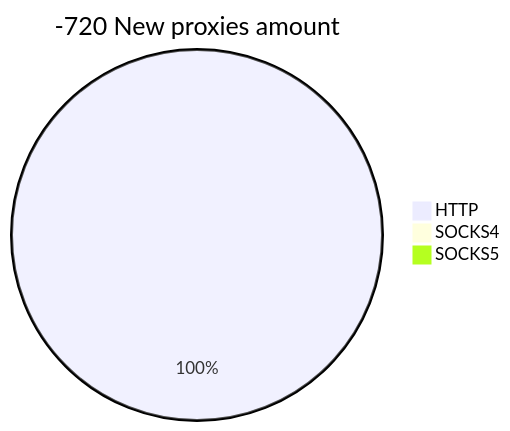
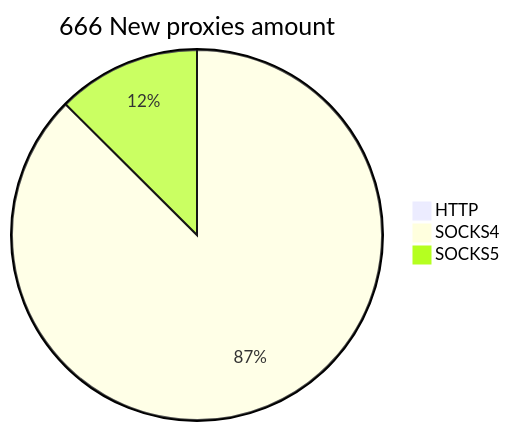
One commit to cutipu/proxylist changed the second of 2 diagrams in README.md. Above: the diagram before and after it, drawn with Mermaid. The commit also changed other lines of this file, not shown here.

````diff
--- a/README.md
+++ b/README.md
@@ -10,6 +10,6 @@
 ```mermaid
-pie title -720 New proxies amount
+pie title 666 New proxies amount
     "HTTP" : 4
-    "SOCKS4" : 0
-    "SOCKS5" : 0
+    "SOCKS4" : 579
+    "SOCKS5" : 83
 ```
````
